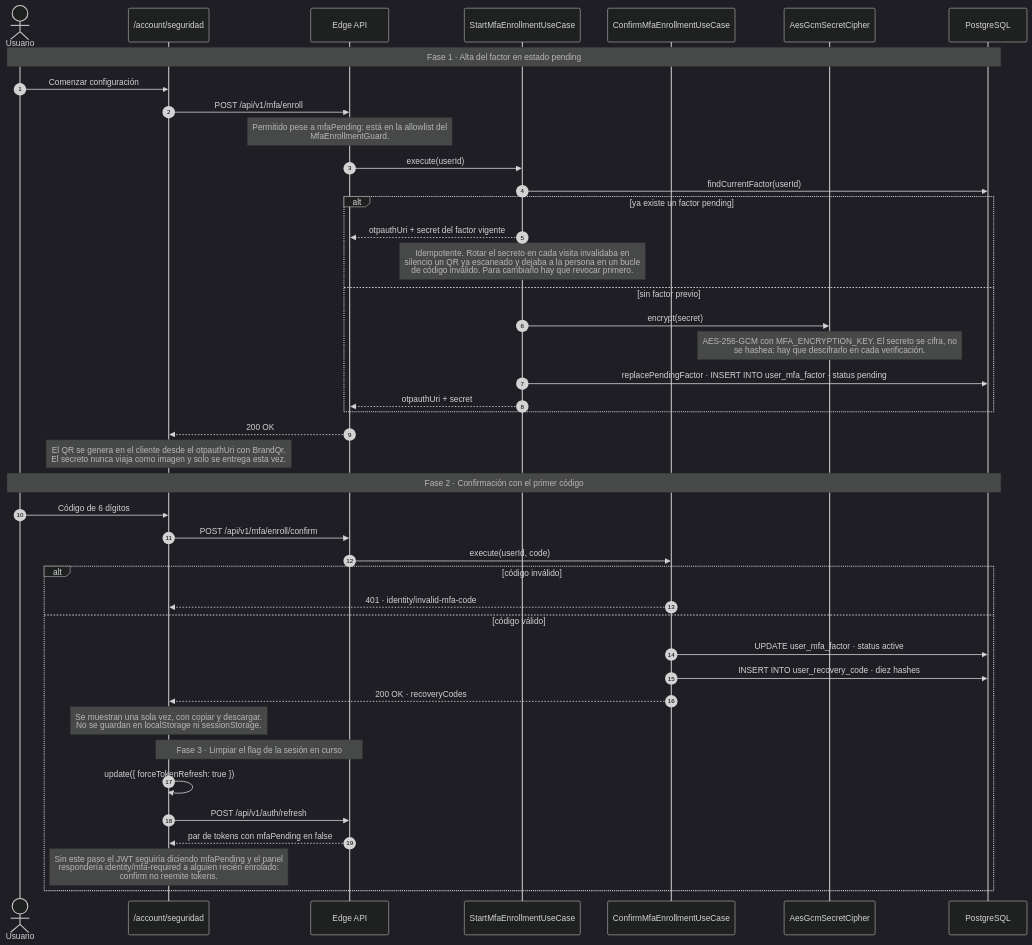
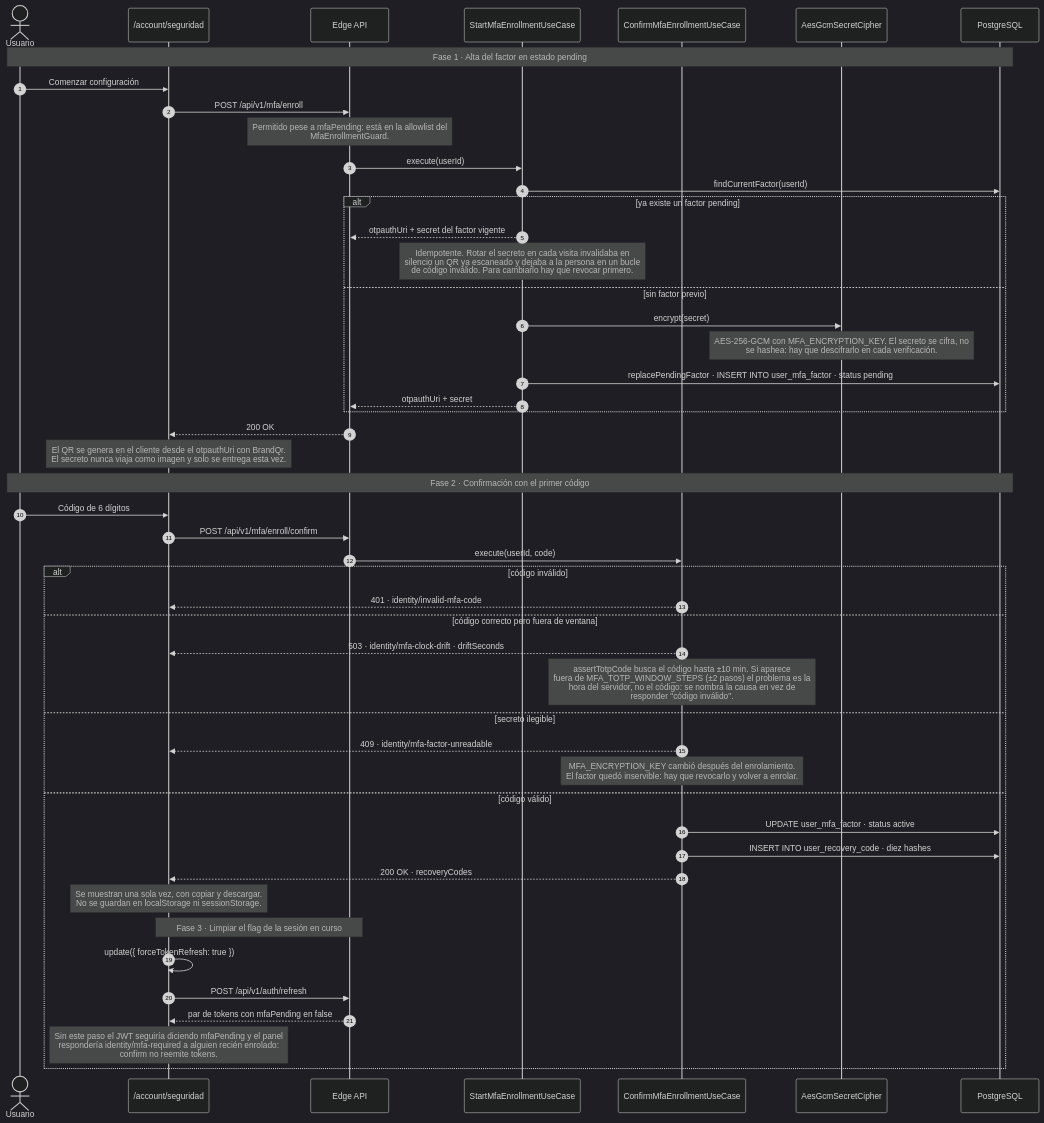
One commit to jwilsonar/urnight_mvp changed diagram 17 of 17 in docs/diagramas-secuencia/01-identidad-acceso.md. Above: the diagram before and after it, drawn with Mermaid (dark theme). The commit also changed other lines of this file and 17 other files, not shown here.

````diff
--- a/docs/diagramas-secuencia/01-identidad-acceso.md
+++ b/docs/diagramas-secuencia/01-identidad-acceso.md
@@ -1077,48 +1078,54 @@
 ```mermaid
 sequenceDiagram
     autonumber
     actor U as Usuario
     participant SEC as /account/seguridad
     participant EDGE as Edge API
     participant SU as StartMfaEnrollmentUseCase
     participant CU as ConfirmMfaEnrollmentUseCase
     participant CI as AesGcmSecretCipher
     participant DB as PostgreSQL
 
     note over U, DB: Fase 1 · Alta del factor en estado pending
     U->>SEC: Comenzar configuración
     SEC->>EDGE: POST /api/v1/mfa/enroll
     note over EDGE: Permitido pese a mfaPending: está en la allowlist del<br/>MfaEnrollmentGuard.
     EDGE->>SU: execute(userId)
     SU->>DB: findCurrentFactor(userId)
     alt ya existe un factor pending
         SU-->>EDGE: otpauthUri + secret del factor vigente
         note over SU: Idempotente. Rotar el secreto en cada visita invalidaba en<br/>silencio un QR ya escaneado y dejaba a la persona en un bucle<br/>de código inválido. Para cambiarlo hay que revocar primero.
     else sin factor previo
         SU->>CI: encrypt(secret)
         note over CI: AES-256-GCM con MFA_ENCRYPTION_KEY. El secreto se cifra, no<br/>se hashea: hay que descifrarlo en cada verificación.
         SU->>DB: replacePendingFactor · INSERT INTO user_mfa_factor · status pending
         SU-->>EDGE: otpauthUri + secret
     end
     EDGE-->>SEC: 200 OK
     note over SEC: El QR se genera en el cliente desde el otpauthUri con BrandQr.<br/>El secreto nunca viaja como imagen y solo se entrega esta vez.
 
     note over U, DB: Fase 2 · Confirmación con el primer código
     U->>SEC: Código de 6 dígitos
     SEC->>EDGE: POST /api/v1/mfa/enroll/confirm
     EDGE->>CU: execute(userId, code)
     alt código inválido
         CU-->>SEC: 401 · identity/invalid-mfa-code
+    else código correcto pero fuera de ventana
+        CU-->>SEC: 503 · identity/mfa-clock-drift · driftSeconds
+        note over CU: assertTotpCode busca el código hasta ±10 min. Si aparece<br/>fuera de MFA_TOTP_WINDOW_STEPS (±2 pasos) el problema es la<br/>hora del servidor, no el código: se nombra la causa en vez de<br/>responder "código inválido".
+    else secreto ilegible
+        CU-->>SEC: 409 · identity/mfa-factor-unreadable
+        note over CU: MFA_ENCRYPTION_KEY cambió después del enrolamiento.<br/>El factor quedó inservible: hay que revocarlo y volver a enrolar.
     else código válido
         CU->>DB: UPDATE user_mfa_factor · status active
         CU->>DB: INSERT INTO user_recovery_code · diez hashes
         CU-->>SEC: 200 OK · recoveryCodes
         note over SEC: Se muestran una sola vez, con copiar y descargar.<br/>No se guardan en localStorage ni sessionStorage.
 
         note over SEC, EDGE: Fase 3 · Limpiar el flag de la sesión en curso
         SEC->>SEC: update({ forceTokenRefresh: true })
         SEC->>EDGE: POST /api/v1/auth/refresh
         EDGE-->>SEC: par de tokens con mfaPending en false
         note over SEC: Sin este paso el JWT seguiría diciendo mfaPending y el panel<br/>respondería identity/mfa-required a alguien recién enrolado:<br/>confirm no reemite tokens.
     end
 ```
````
